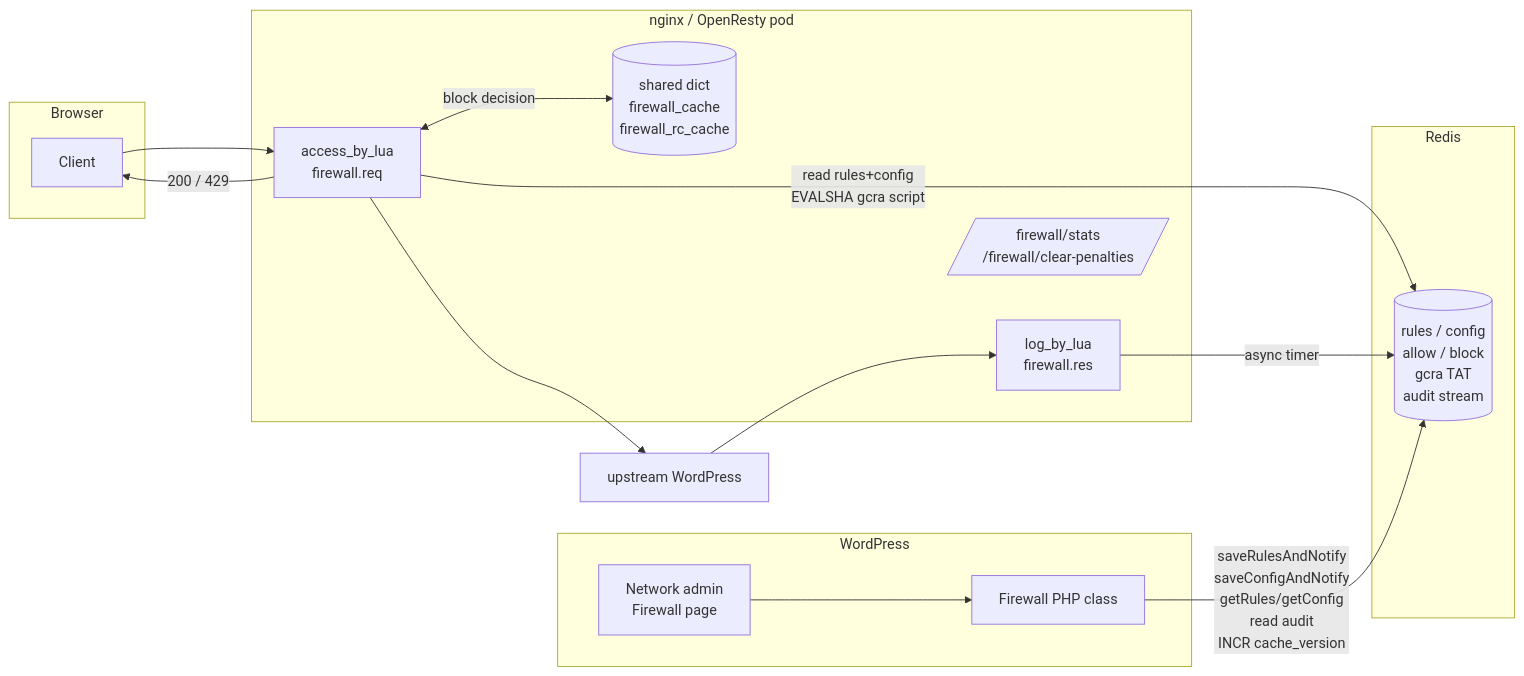
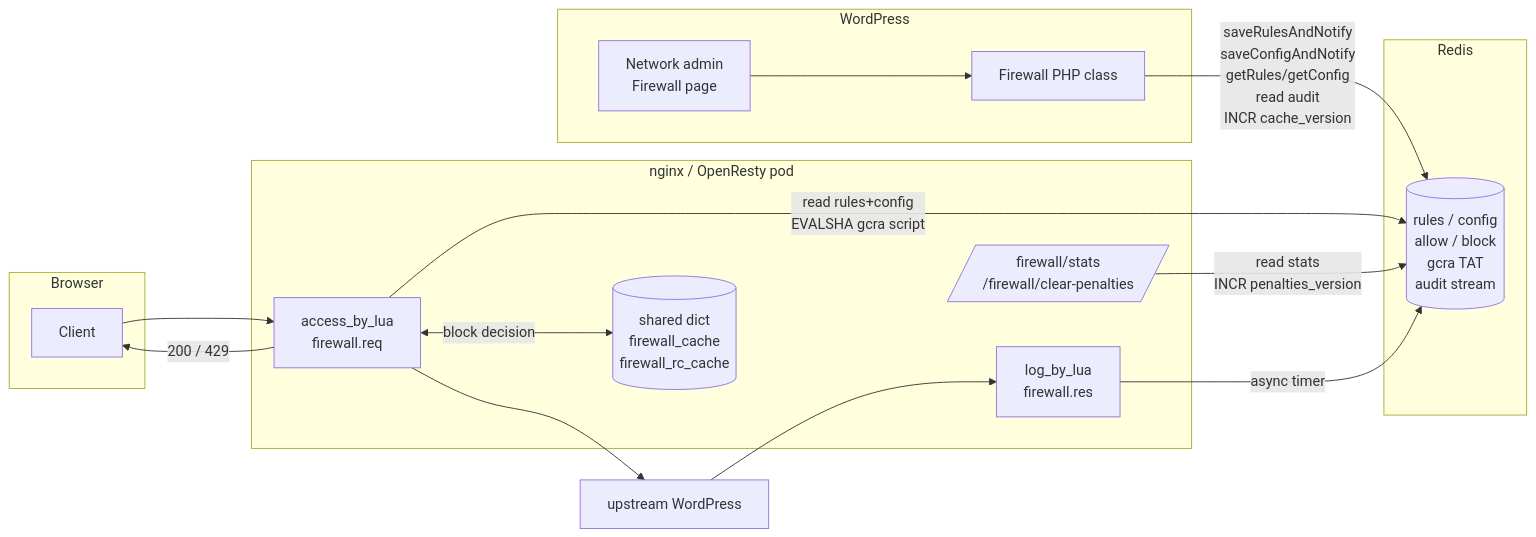
Before and after one commit to ministryofjustice/hale-platform: the first of 4 diagrams in opt/lua/README.md, drawn with Mermaid. The commit also changed other lines of this file, not shown here.

````diff
--- a/opt/lua/README.md
+++ b/opt/lua/README.md
@@ -138,32 +138,33 @@
 ```mermaid
 flowchart LR
     subgraph Browser
       C[Client]
     end
 
     subgraph nginx["nginx / OpenResty pod"]
       A[access_by_lua<br/>firewall.req]
       L[log_by_lua<br/>firewall.res]
       D[(shared dict<br/>firewall_cache<br/>firewall_rc_cache)]
       ADMIN[/firewall/stats<br/>/firewall/clear-penalties/]
     end
 
     subgraph Redis
       R[(rules / config<br/>allow / block<br/>gcra TAT<br/>audit stream)]
     end
 
     subgraph WordPress
       WP[Network admin<br/>Firewall page]
       PHP[Firewall PHP class]
     end
 
     C --> A
     A -- read rules+config<br/>EVALSHA gcra script --> R
     A <-- block decision --> D
     A -- 200 / 429 --> C
     A --> WPB[upstream WordPress] --> L
     L -- async timer --> R
 
     WP --> PHP
     PHP -- saveRulesAndNotify<br/>saveConfigAndNotify<br/>getRules/getConfig<br/>read audit<br/>INCR cache_version --> R
+    ADMIN -- read stats<br/>INCR penalties_version --> R
 ```
````
